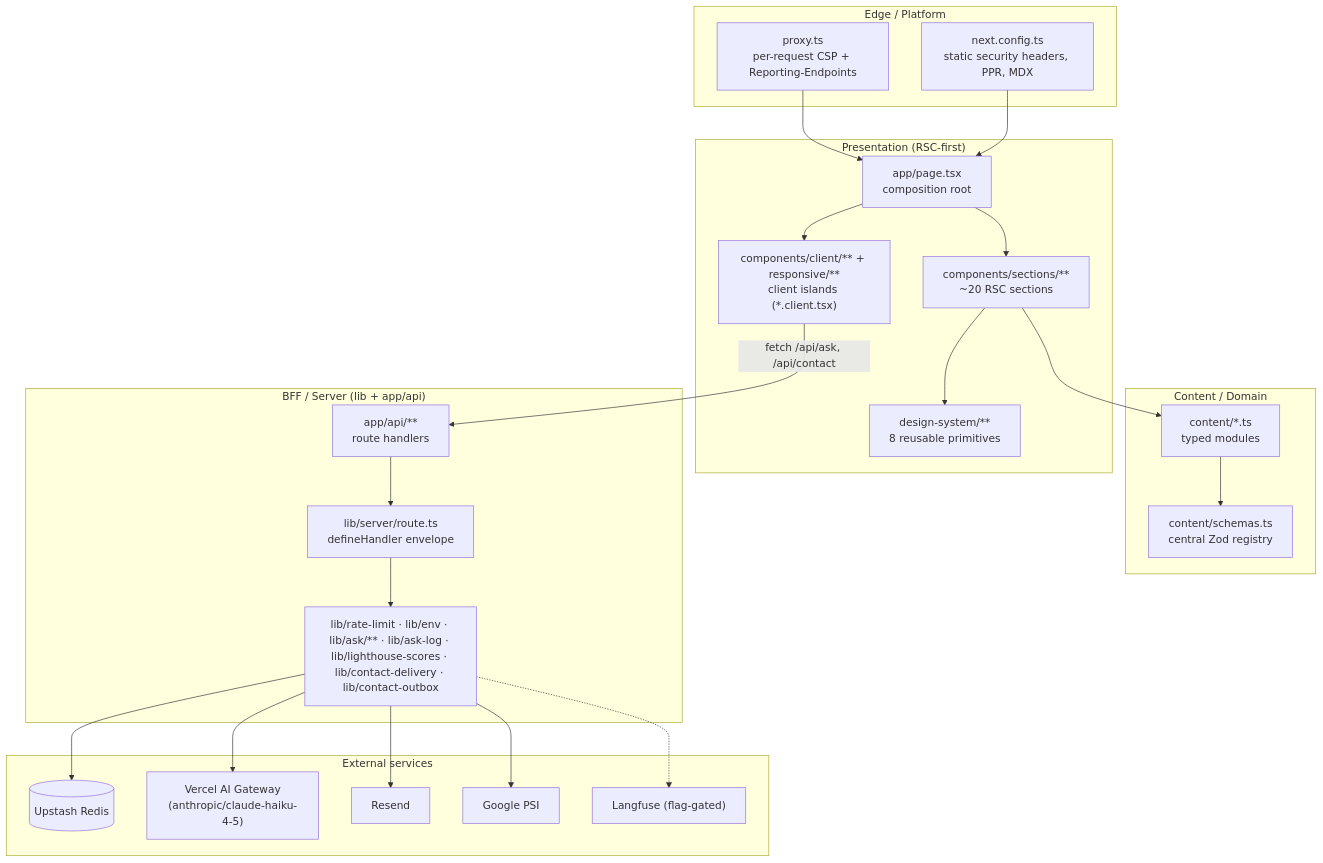
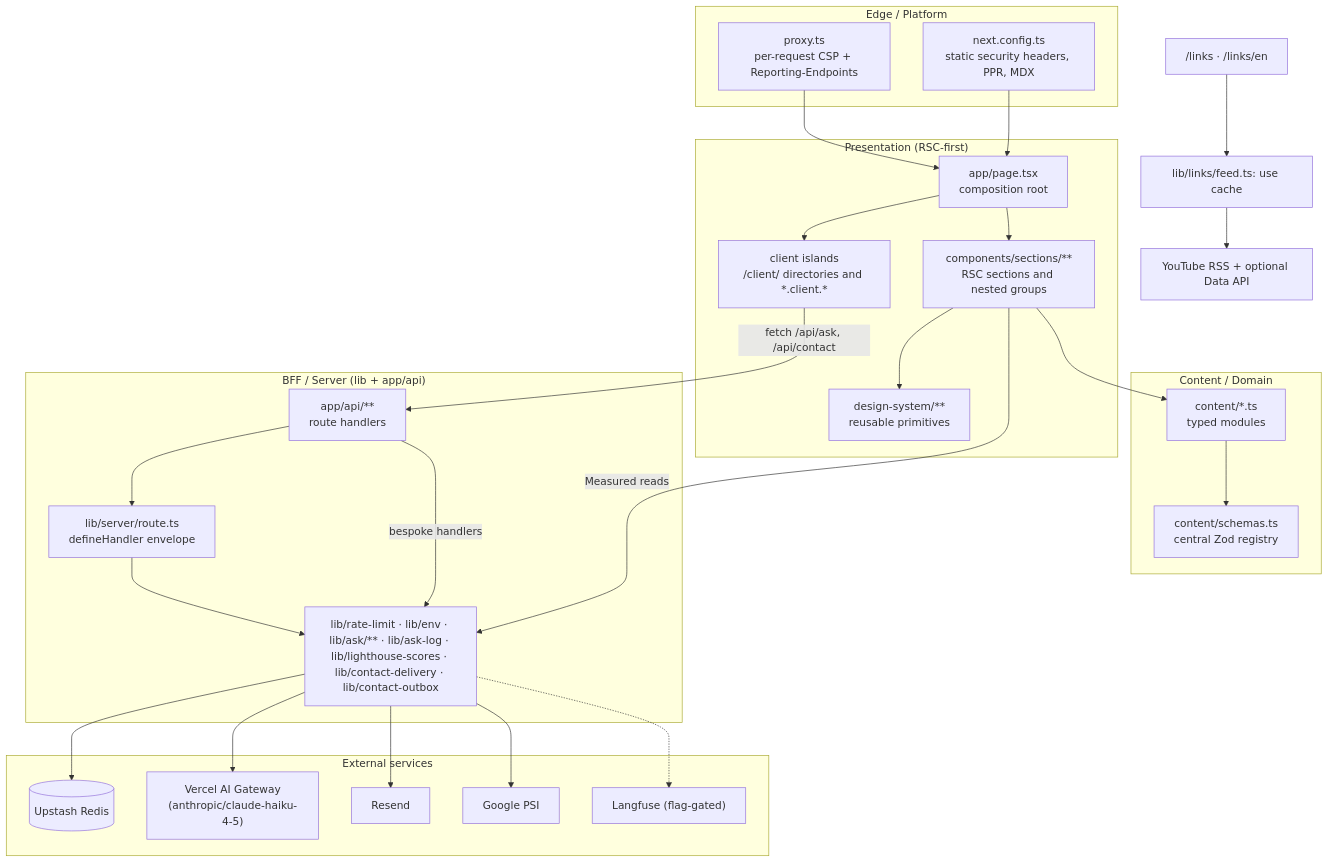
Before and after one commit to erikunha/portfolio: the first of 3 diagrams in docs/01-architecture.md, drawn with Mermaid. The commit also changed other lines of this file and 14 other files, not shown here.

First line of the commit message:
docs(architecture): redraw diagrams for the terminal-module homepage

````diff
--- a/docs/01-architecture.md
+++ b/docs/01-architecture.md
@@ -15,42 +15,46 @@
 ```mermaid
 flowchart TB
     subgraph edge["Edge / Platform"]
         proxy["proxy.ts<br/>per-request CSP + Reporting-Endpoints"]
         cfg["next.config.ts<br/>static security headers, PPR, MDX"]
     end
     subgraph present["Presentation (RSC-first)"]
         page["app/page.tsx<br/>composition root"]
-        sections["components/sections/**<br/>~20 RSC sections"]
-        islands["components/client/** + responsive/**<br/>client islands (*.client.tsx)"]
-        ds["design-system/**<br/>8 reusable primitives"]
+        sections["components/sections/**<br/>RSC sections and nested groups"]
+        islands["client islands<br/>/client/ directories and *.client.*"]
+        ds["design-system/**<br/>reusable primitives"]
     end
     subgraph content["Content / Domain"]
         cmods["content/*.ts<br/>typed modules"]
         schemas["content/schemas.ts<br/>central Zod registry"]
     end
     subgraph bff["BFF / Server (lib + app/api)"]
         api["app/api/**<br/>route handlers"]
         handler["lib/server/route.ts<br/>defineHandler envelope"]
         libcore["lib/rate-limit · lib/env · lib/ask/** · lib/ask-log · lib/lighthouse-scores · lib/contact-delivery · lib/contact-outbox"]
     end
     subgraph ext["External services"]
         redis[("Upstash Redis")]
         gw["Vercel AI Gateway<br/>(anthropic/claude-haiku-4-5)"]
         resend["Resend"]
         psi["Google PSI"]
         lf["Langfuse (flag-gated)"]
     end
 
     proxy --> page
     cfg --> page
     page --> sections --> ds
     page --> islands
     sections --> cmods --> schemas
     islands -->|fetch /api/ask, /api/contact| api
     api --> handler --> libcore
+    api -->|bespoke handlers| libcore
+    sections -->|Measured reads| libcore
+    links["/links · /links/en"] --> feed["lib/links/feed.ts: use cache"]
+    feed --> yt["YouTube RSS + optional Data API"]
     libcore --> redis
     libcore --> gw
     libcore --> resend
     libcore --> psi
     libcore -.-> lf
 ```
````
